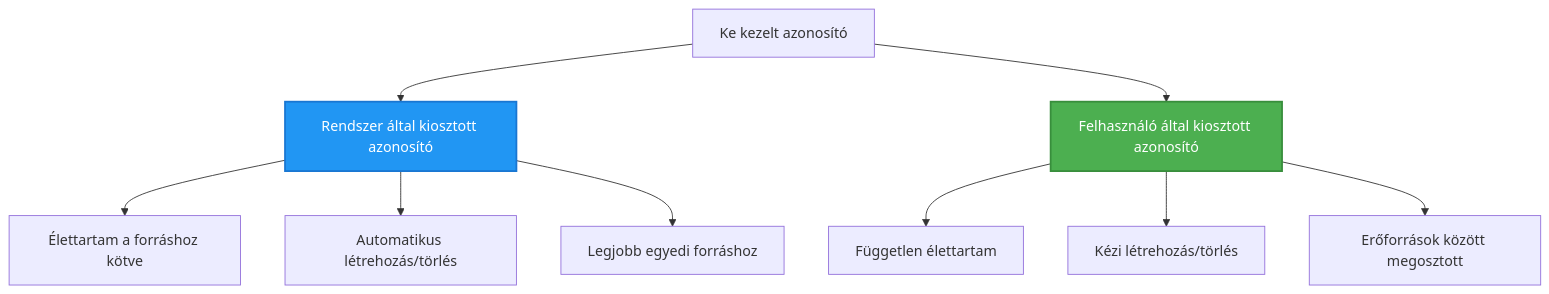
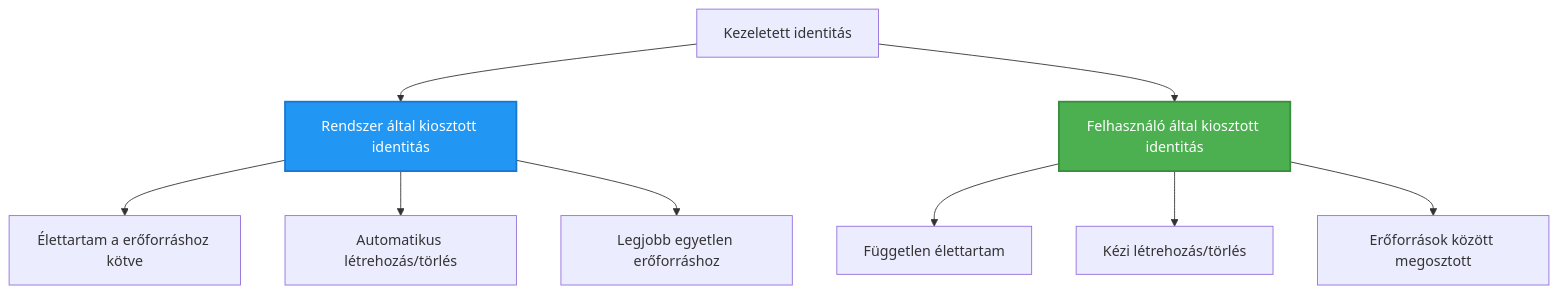
The second of 2 diagrams in translations/hu/docs/chapter-03-configuration/authsecurity.md (microsoft/AZD-for-beginners), drawn with Mermaid before and after one commit. The commit also changed other lines of this file and 104 other files, not shown here.

````diff
--- a/translations/hu/docs/chapter-03-configuration/authsecurity.md
+++ b/translations/hu/docs/chapter-03-configuration/authsecurity.md
@@ -97,20 +98,20 @@
 ```mermaid
 graph TB
-    MI[Ke kezelt azonosító]
-    SystemAssigned[Rendszer által kiosztott azonosító]
-    UserAssigned[Felhasználó által kiosztott azonosító]
+    MI[Kezeletett identitás]
+    SystemAssigned[Rendszer által kiosztott identitás]
+    UserAssigned[Felhasználó által kiosztott identitás]
     
     MI --> SystemAssigned
     MI --> UserAssigned
     
-    SystemAssigned --> SA1[Élettartam a forráshoz kötve]
+    SystemAssigned --> SA1[Élettartam a erőforráshoz kötve]
     SystemAssigned --> SA2[Automatikus létrehozás/törlés]
-    SystemAssigned --> SA3[Legjobb egyedi forráshoz]
+    SystemAssigned --> SA3[Legjobb egyetlen erőforráshoz]
     
     UserAssigned --> UA1[Független élettartam]
     UserAssigned --> UA2[Kézi létrehozás/törlés]
     UserAssigned --> UA3[Erőforrások között megosztott]
     
     style SystemAssigned fill:#2196F3,stroke:#1976D2,stroke-width:2px,color:#fff
     style UserAssigned fill:#4CAF50,stroke:#388E3C,stroke-width:2px,color:#fff
 ```
````
